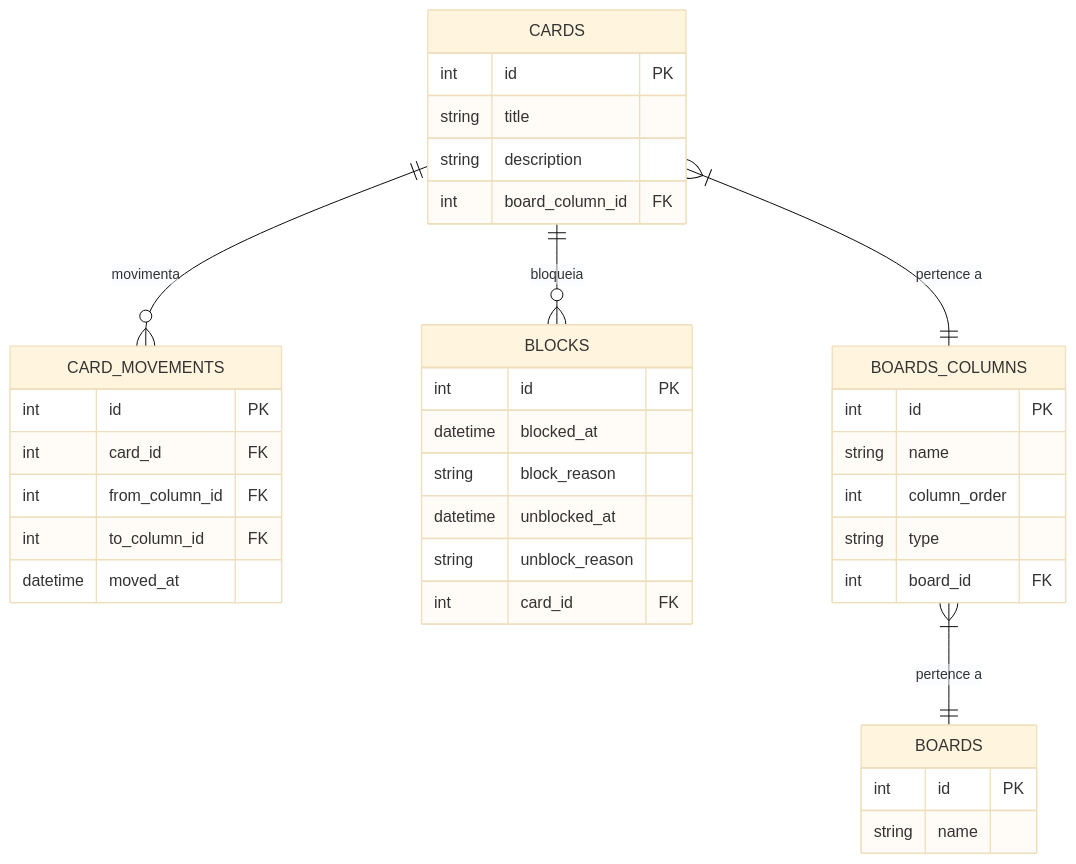
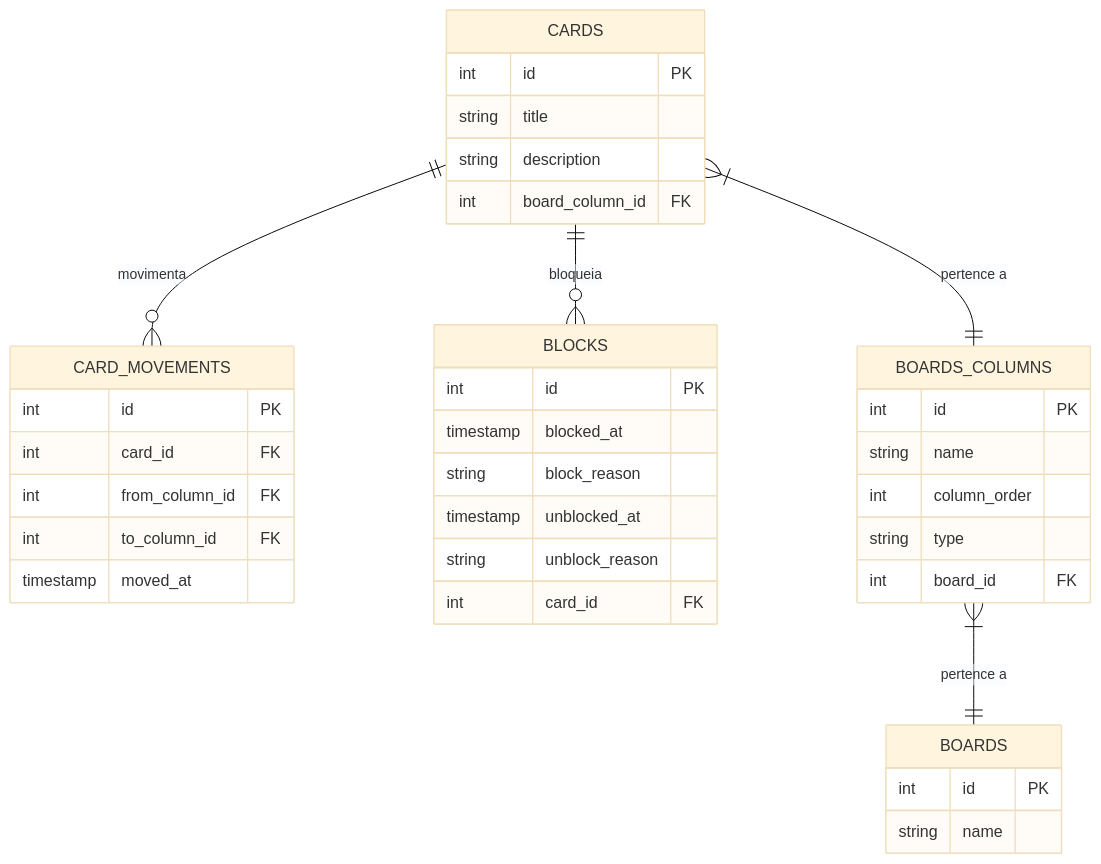
The diagram in README.md (feelps-1/taskControl), drawn with Mermaid (base theme) before and after one commit. The commit also changed other lines of this file, not shown here.

````diff
--- a/README.md
+++ b/README.md
@@ -7,45 +19,44 @@
 ```mermaid
 erDiagram
     CARDS ||--o{ CARD_MOVEMENTS : "movimenta"
     CARDS ||--o{ BLOCKS : "bloqueia"
     CARDS }|--|| BOARDS_COLUMNS : "pertence a"
     BOARDS_COLUMNS }|--|| BOARDS : "pertence a"
 
     CARDS {
         int id PK
         string title
         string description
         int board_column_id FK
     }
 
     CARD_MOVEMENTS {
         int id PK
         int card_id FK
         int from_column_id FK
         int to_column_id FK
-        datetime moved_at
+        timestamp moved_at
     }
 
     BOARDS_COLUMNS {
         int id PK
         string name
         int column_order
         string type
         int board_id FK
     }
 
     BOARDS {
         int id PK
         string name
     }
 
     BLOCKS {
         int id PK
-        datetime blocked_at
+        timestamp blocked_at
         string block_reason
-        datetime unblocked_at
+        timestamp unblocked_at
         string unblock_reason
         int card_id FK
     }
-
 ```
````
